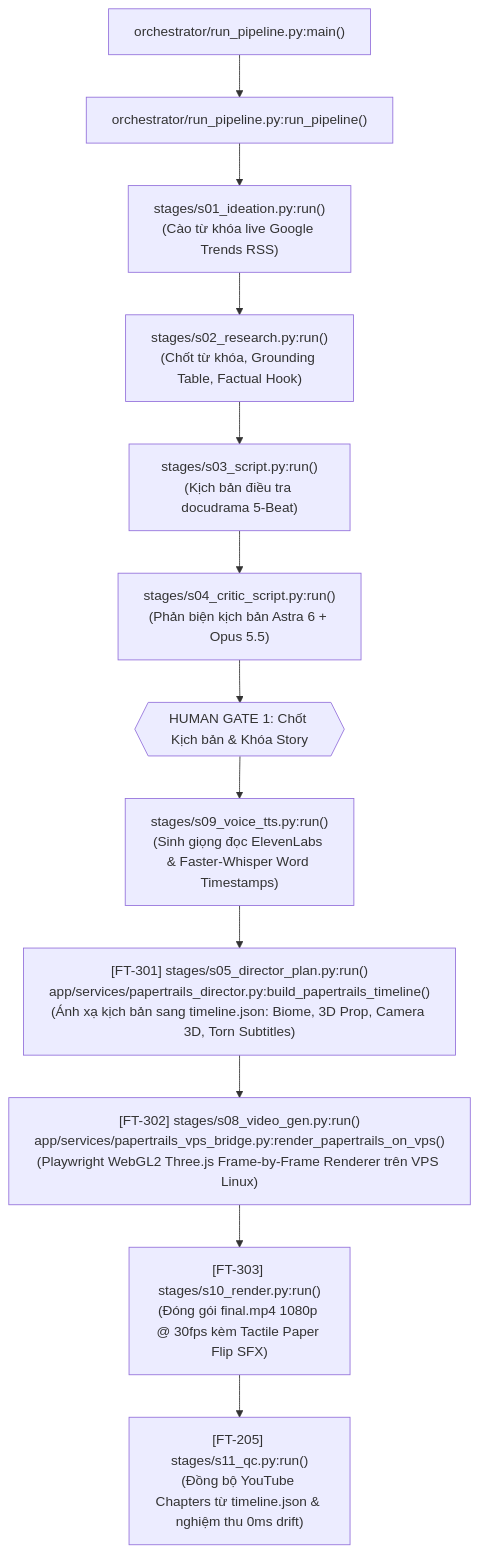
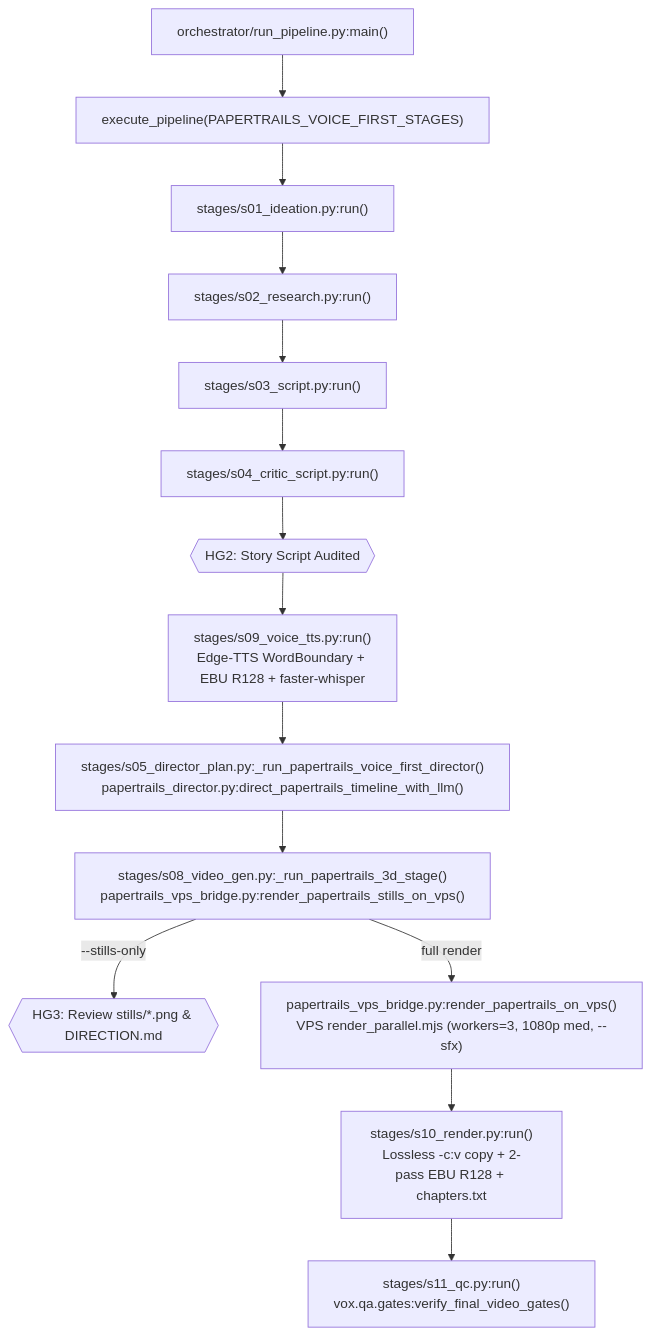
The diagram in .harness/03_WIRING.md (hoangdinhhungueh-droid/AI_Vifactory), drawn with Mermaid before and after one commit. The commit also changed other lines of this file and 31 other files, not shown here.

Commit message:
feat(papertrails): overhaul post-HG1 into Voice-First Papertrails 3D pipeline

````diff
--- a/.harness/03_WIRING.md
+++ b/.harness/03_WIRING.md
@@ -22,20 +23,18 @@
 ```mermaid
 flowchart TD
-    MAIN["orchestrator/run_pipeline.py:main()"] --> ORCH["orchestrator/run_pipeline.py:run_pipeline()"]
-    
-    ORCH --> S01["stages/s01_ideation.py:run()<br/>(Cào từ khóa live Google Trends RSS)"]
-    S01 --> S02["stages/s02_research.py:run()<br/>(Chốt từ khóa, Grounding Table, Factual Hook)"]
-    S02 --> S03["stages/s03_script.py:run()<br/>(Kịch bản điều tra docudrama 5-Beat)"]
-    S03 --> S04["stages/s04_critic_script.py:run()<br/>(Phản biện kịch bản Astra 6 + Opus 5.5)"]
-    S04 --> HG1{{"HUMAN GATE 1: Chốt Kịch bản & Khóa Story"}}
-    
-    HG1 --> S09["stages/s09_voice_tts.py:run()<br/>(Sinh giọng đọc ElevenLabs & Faster-Whisper Word Timestamps)"]
-    
-    S09 --> S05["[FT-301] stages/s05_director_plan.py:run()<br/>app/services/papertrails_director.py:build_papertrails_timeline()<br/>(Ánh xạ kịch bản sang timeline.json: Biome, 3D Prop, Camera 3D, Torn Subtitles)"]
-    
-    S05 --> S08["[FT-302] stages/s08_video_gen.py:run()<br/>app/services/papertrails_vps_bridge.py:render_papertrails_on_vps()<br/>(Playwright WebGL2 Three.js Frame-by-Frame Renderer trên VPS Linux)"]
-    
-    S08 --> S10["[FT-303] stages/s10_render.py:run()<br/>(Đóng gói final.mp4 1080p @ 30fps kèm Tactile Paper Flip SFX)"]
-    
-    S10 --> S11["[FT-205] stages/s11_qc.py:run()<br/>(Đồng bộ YouTube Chapters từ timeline.json & nghiệm thu 0ms drift)"]
+    MAIN["orchestrator/run_pipeline.py:main()"] --> ORCH["execute_pipeline(PAPERTRAILS_VOICE_FIRST_STAGES)"]
+
+    ORCH --> S01["stages/s01_ideation.py:run()"]
+    S01 --> S02["stages/s02_research.py:run()"]
+    S02 --> S03["stages/s03_script.py:run()"]
+    S03 --> S04["stages/s04_critic_script.py:run()"]
+    S04 --> HG2{{"HG2: Story Script Audited"}}
+
+    HG2 --> S09["stages/s09_voice_tts.py:run()<br/>Edge-TTS WordBoundary + EBU R128 + faster-whisper"]
+    S09 --> S05["stages/s05_director_plan.py:_run_papertrails_voice_first_director()<br/>papertrails_director.py:direct_papertrails_timeline_with_llm()"]
+    S05 --> S08S["stages/s08_video_gen.py:_run_papertrails_3d_stage()<br/>papertrails_vps_bridge.py:render_papertrails_stills_on_vps()"]
+    S08S -->|"--stills-only"| HG3{{"HG3: Review stills/*.png & DIRECTION.md"}}
+    S08S -->|"full render"| S08R["papertrails_vps_bridge.py:render_papertrails_on_vps()<br/>VPS render_parallel.mjs (workers=3, 1080p med, --sfx)"]
+    S08R --> S10["stages/s10_render.py:run()<br/>Lossless -c:v copy + 2-pass EBU R128 + chapters.txt"]
+    S10 --> S11["stages/s11_qc.py:run()<br/>vox.qa.gates:verify_final_video_gates()"]
 ```
````
